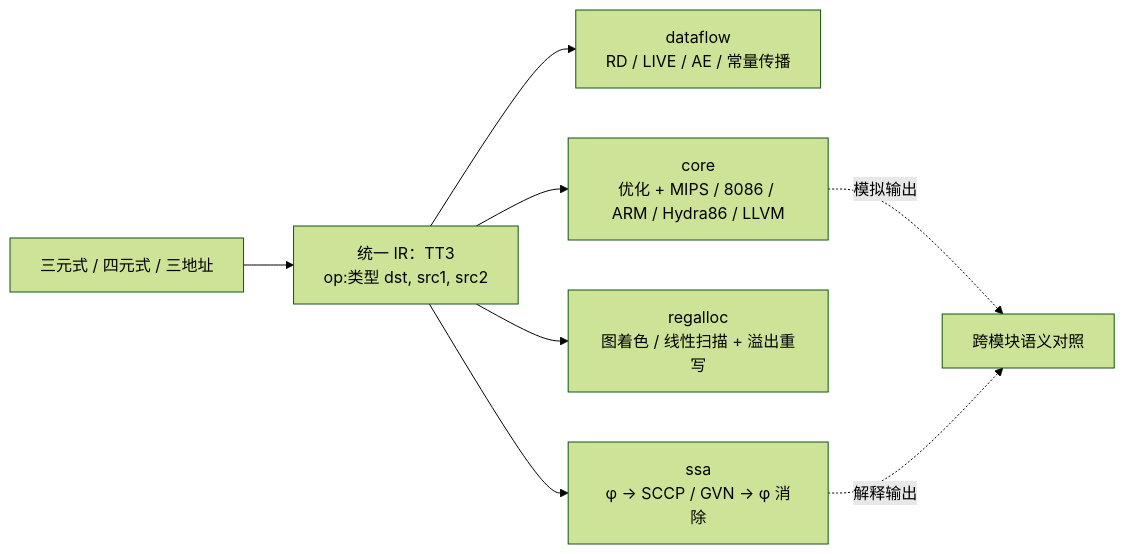
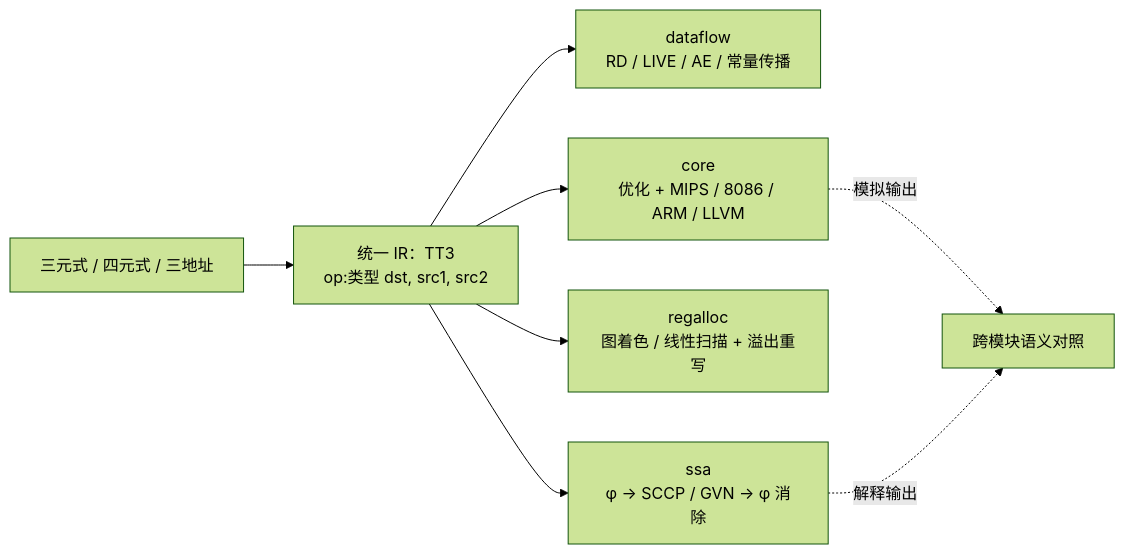
One commit to rabbitc999/ParseEngine changed the diagram in library/transfer/README.md. Above: the diagram before and after it, drawn with Mermaid (forest theme). The commit also changed other lines of this file and 21 other files, not shown here.

````diff
--- a/library/transfer/README.md
+++ b/library/transfer/README.md
@@ -20,10 +20,10 @@
 ```mermaid
 flowchart LR
     IN["三元式 / 四元式 / 三地址"] --> IR["统一 IR：TT3<br/>op:类型 dst, src1, src2"]
     IR --> DF["dataflow<br/>RD / LIVE / AE / 常量传播"]
     IR --> SS["ssa<br/>φ → SCCP / GVN → φ 消除"]
     IR --> RA["regalloc<br/>图着色 / 线性扫描 + 溢出重写"]
-    IR --> CO["core<br/>优化 + MIPS / 8086 / ARM / Hydra86 / LLVM"]
+    IR --> CO["core<br/>优化 + MIPS / 8086 / ARM / LLVM"]
     CO -.->|"模拟输出"| CMP["跨模块语义对照"]
     SS -.->|"解释输出"| CMP
 ```
````
